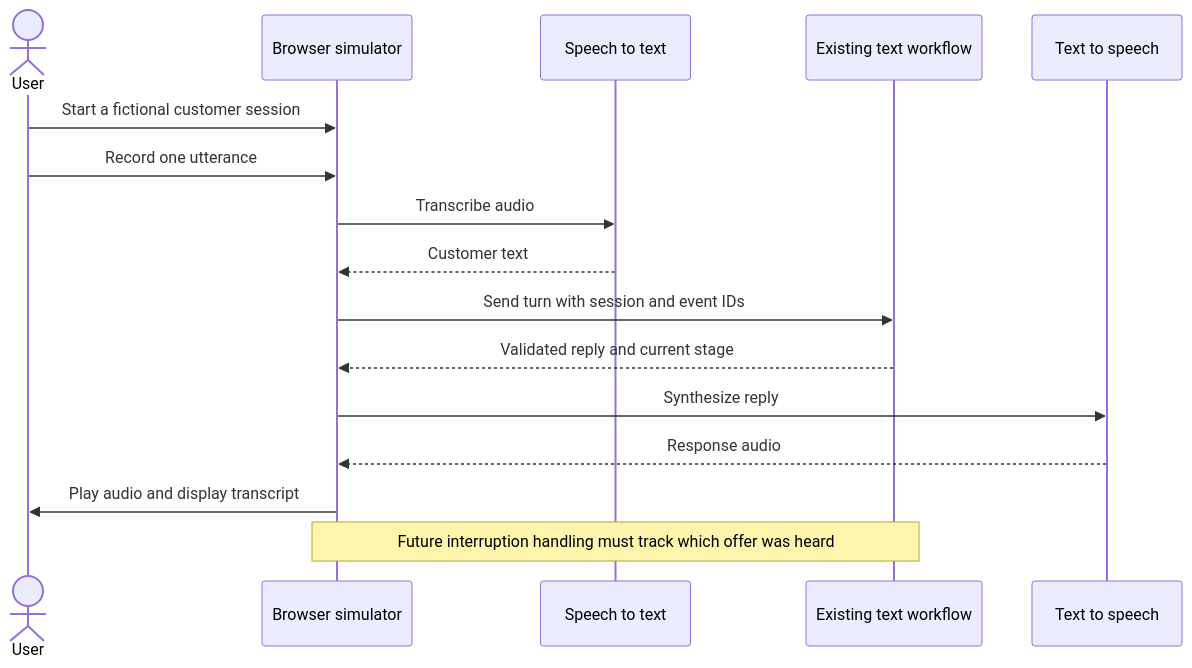
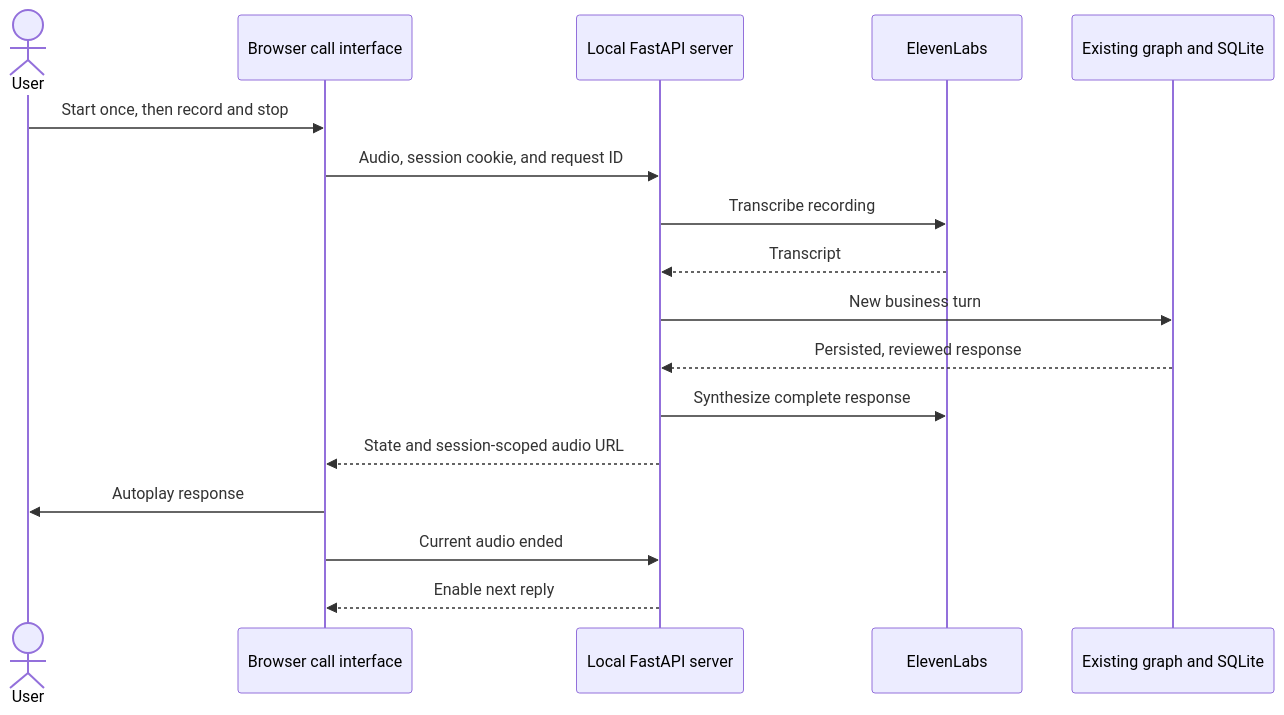
The diagram in apps/voice_simulator/README.md (sergiomorapardo/AgenticDebtCollection), drawn with Mermaid before and after one commit. The commit also changed other lines of this file and 9 other files, not shown here.

First line of the commit message:
feat(voice): add a local ElevenLabs call interface (#31)

````diff
--- a/apps/voice_simulator/README.md
+++ b/apps/voice_simulator/README.md
@@ -5,18 +9,19 @@
 ```mermaid
 sequenceDiagram
     actor User
-    participant UI as Browser simulator
-    participant STT as Speech to text
-    participant Agent as Existing text workflow
-    participant TTS as Text to speech
-    User->>UI: Start a fictional customer session
-    User->>UI: Record one utterance
-    UI->>STT: Transcribe audio
-    STT-->>UI: Customer text
-    UI->>Agent: Send turn with session and event IDs
-    Agent-->>UI: Validated reply and current stage
-    UI->>TTS: Synthesize reply
-    TTS-->>UI: Response audio
-    UI->>User: Play audio and display transcript
-    Note over UI,Agent: Future interruption handling must track which offer was heard
+    participant UI as Browser call interface
+    participant API as Local FastAPI server
+    participant Speech as ElevenLabs
+    participant Agent as Existing graph and SQLite
+    User->>UI: Start once, then record and stop
+    UI->>API: Audio, session cookie, and request ID
+    API->>Speech: Transcribe recording
+    Speech-->>API: Transcript
+    API->>Agent: New business turn
+    Agent-->>API: Persisted, reviewed response
+    API->>Speech: Synthesize complete response
+    API-->>UI: State and session-scoped audio URL
+    UI->>User: Autoplay response
+    UI->>API: Current audio ended
+    API-->>UI: Enable next reply
 ```
````
